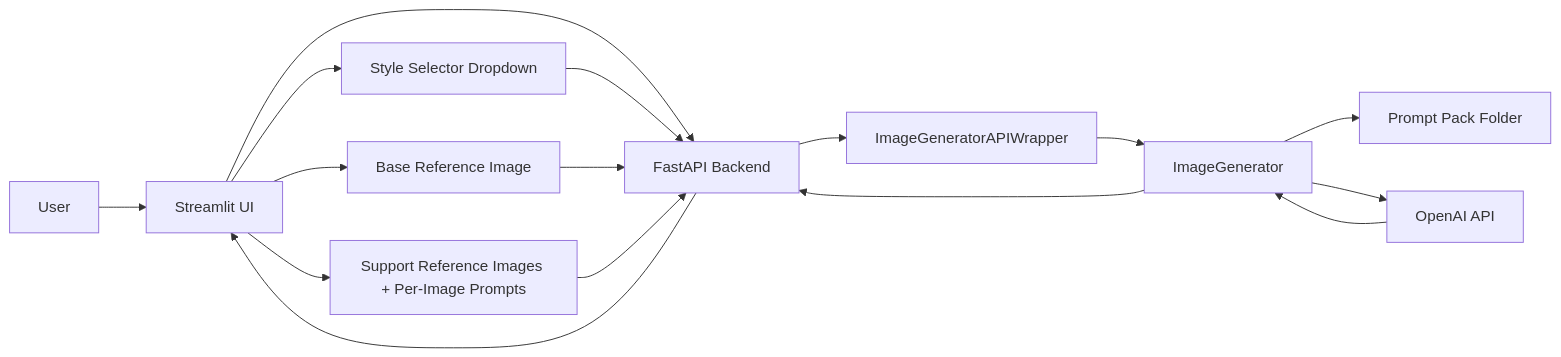
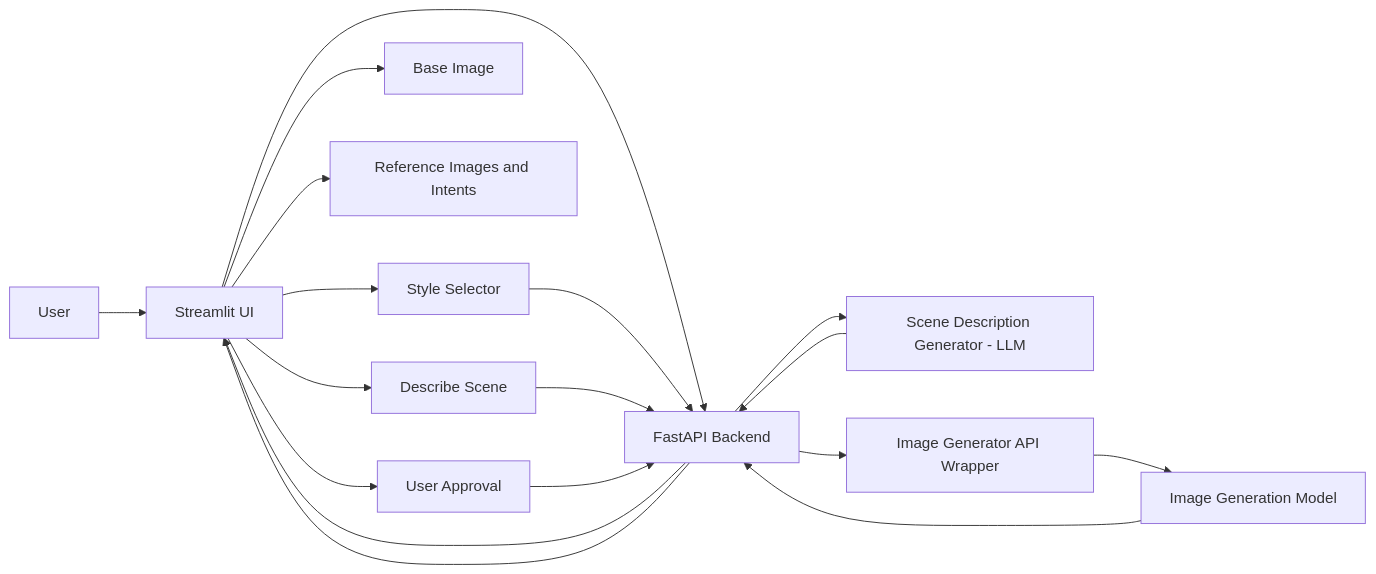
One commit to sharath1996/ai-based-architectural-design-renderer changed the diagram in app_needs.md. Above: the diagram before and after it, drawn with Mermaid. The commit also changed other lines of this file and 10 other files, not shown here.

Commit message:
feat: enhance jewelry photography prompts and add image generation service

````diff
--- a/app_needs.md
+++ b/app_needs.md
@@ -86,24 +91,20 @@
 ```mermaid
 flowchart LR
-    U[User] --> UI[Streamlit UI]
-    UI --> API[FastAPI Backend]
-
-    UI --> STY[Style Selector Dropdown]
-    STY --> API
-
-    API --> WRAP[ImageGeneratorAPIWrapper]
-    WRAP --> GENCLASS[ImageGenerator]
-
-    UI --> BASE[Base Reference Image]
-    UI --> SUP[Support Reference Images + Per-Image Prompts]
-
-    BASE --> API
-    SUP --> API
-
-    GENCLASS --> PACK[Prompt Pack Folder]
-    GENCLASS --> OAI[OpenAI API]
-
-    OAI --> GENCLASS
-    GENCLASS --> API
-    API --> UI
+  U[User] --> UI[Streamlit UI]
+  UI --> API[FastAPI Backend]
+  UI --> STY[Style Selector]
+  STY --> API
+  UI --> BASE[Base Image]
+  UI --> REF[Reference Images and Intents]
+  UI --> DESCR[Describe Scene]
+  DESCR --> API
+  API --> LLM[Scene Description Generator - LLM]
+  LLM --> API
+  API --> UI
+  UI --> APPROVE[User Approval]
+  APPROVE --> API
+  API --> GENWRAP[Image Generator API Wrapper]
+  GENWRAP --> IMAGE[Image Generation Model]
+  IMAGE --> API
+  API --> UI
 ```
````
